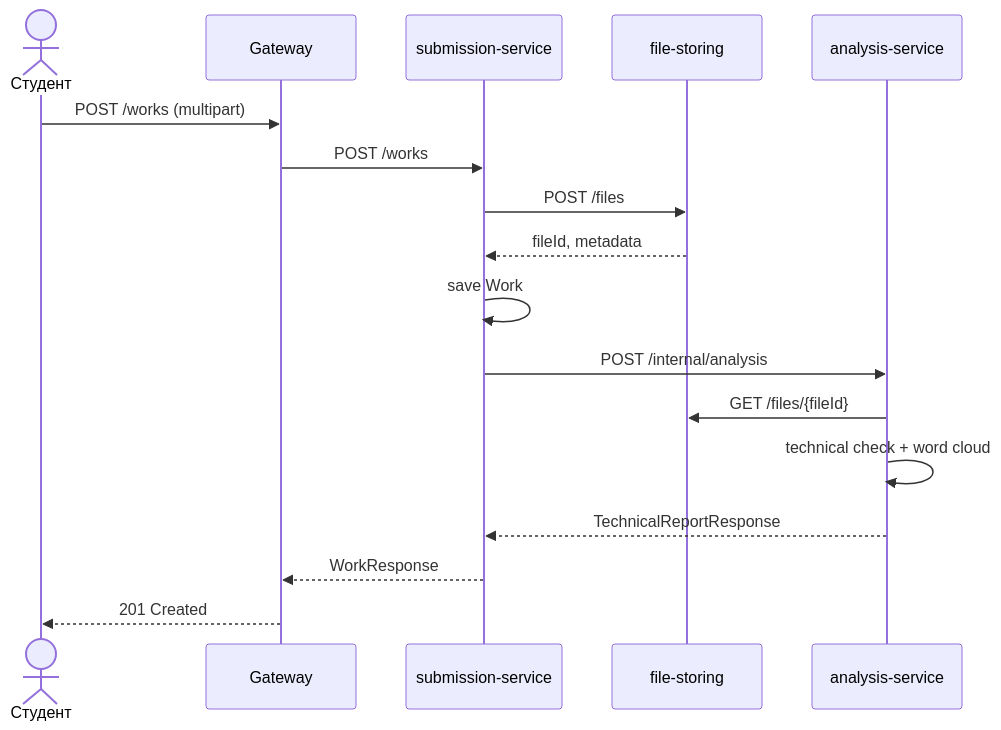
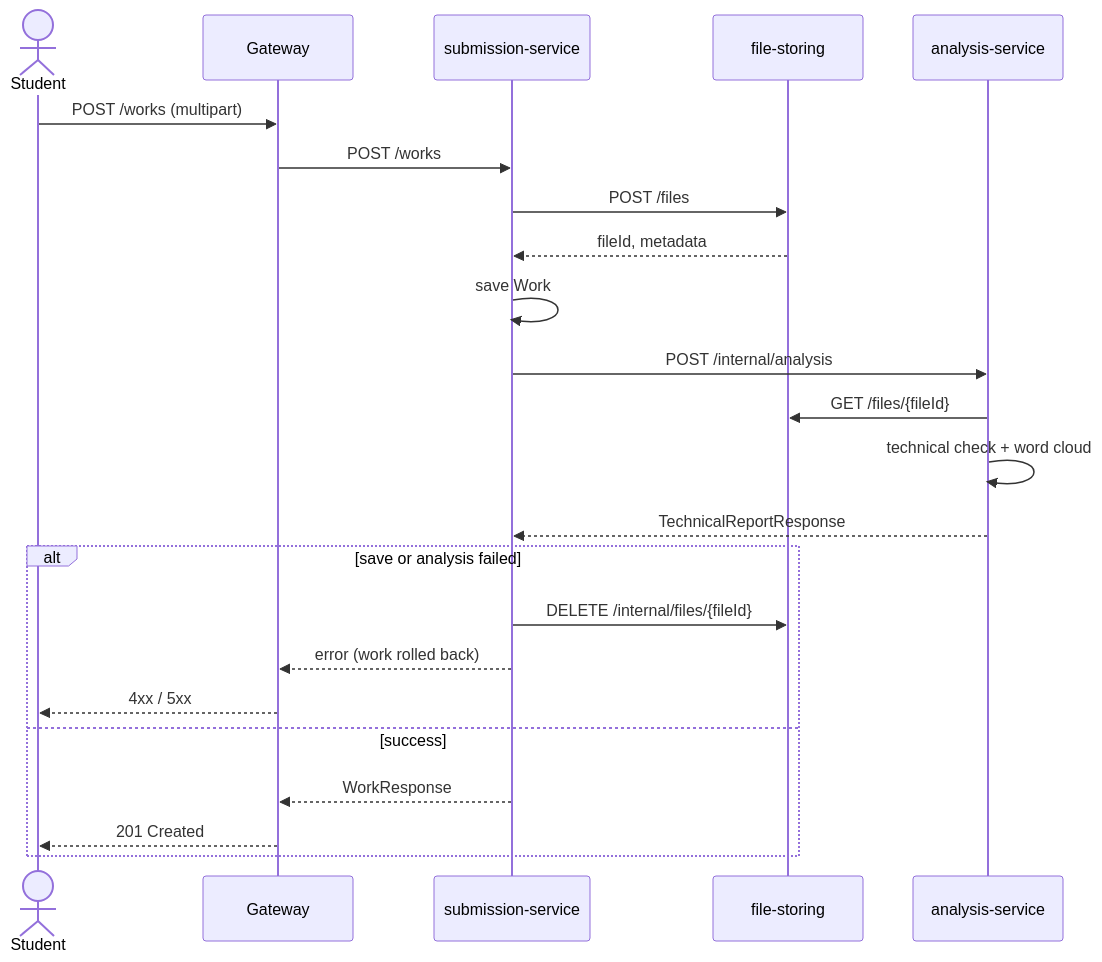
Before and after one commit to KardashHleb/IS_CosmoScan: the second of 5 diagrams in README.md, drawn with Mermaid. The commit also changed other lines of this file and 3 other files, not shown here.

````diff
--- a/README.md
+++ b/README.md
@@ -148,20 +177,26 @@
 ```mermaid
 sequenceDiagram
-    actor Student as Студент
+    actor Student
     participant GW as Gateway
     participant SUB as submission-service
     participant FS as file-storing
     participant ANA as analysis-service
 
     Student->>GW: POST /works (multipart)
     GW->>SUB: POST /works
     SUB->>FS: POST /files
     FS-->>SUB: fileId, metadata
     SUB->>SUB: save Work
     SUB->>ANA: POST /internal/analysis
     ANA->>FS: GET /files/{fileId}
     ANA->>ANA: technical check + word cloud
     ANA-->>SUB: TechnicalReportResponse
-    SUB-->>GW: WorkResponse
-    GW-->>Student: 201 Created
+    alt save or analysis failed
+        SUB->>FS: DELETE /internal/files/{fileId}
+        SUB-->>GW: error (work rolled back)
+        GW-->>Student: 4xx / 5xx
+    else success
+        SUB-->>GW: WorkResponse
+        GW-->>Student: 201 Created
+    end
 ```
````
